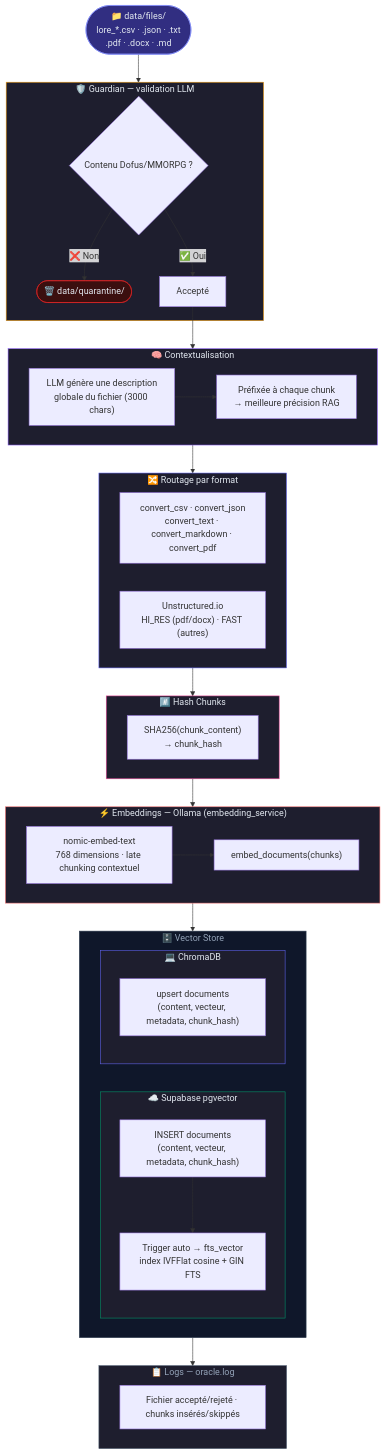
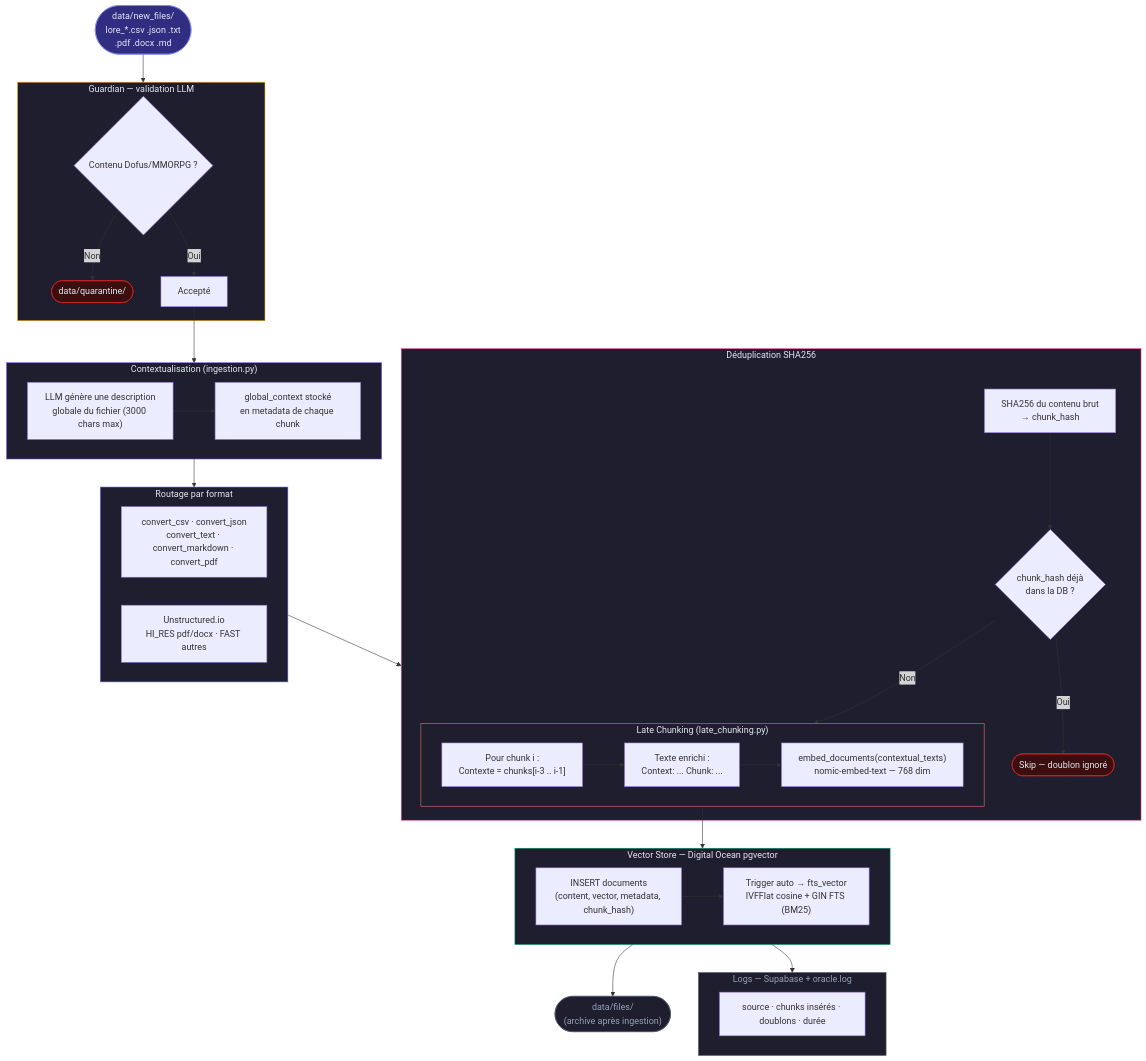
One commit to dlz-dev/HELMo-ORACLE changed the second of 7 diagrams in docs/FR/workflow.md. Above: the diagram before and after it, drawn with Mermaid. The commit also changed other lines of this file, not shown here.

````diff
--- a/docs/FR/workflow.md
+++ b/docs/FR/workflow.md
@@ -58,72 +68,70 @@
 ```mermaid
 flowchart TD
-    INPUT([📁 data/files/\nlore_*.csv · .json · .txt\n.pdf · .docx · .md]) --> GUARD
+    INPUT(["data/new_files/\nlore_*.csv .json .txt\n.pdf .docx .md"]) --> GUARD
 
-    subgraph GUARD ["🛡️ Guardian — validation LLM"]
+    subgraph GUARD ["Guardian — validation LLM"]
         G1{"Contenu Dofus/MMORPG ?"}
-        G1 -->|"❌ Non"| G2(["🗑️ data/quarantine/"])
-        G1 -->|"✅ Oui"| G3["Accepté"]
+        G1 -->|"Non"| G2(["data/quarantine/"])
+        G1 -->|"Oui"| G3["Accepté"]
     end
 
     G3 --> CTX
 
-    subgraph CTX ["🧠 Contextualisation"]
-        C1["LLM génère une description\nglobale du fichier (3000 chars)"]
-        C2["Préfixée à chaque chunk\n→ meilleure précision RAG"]
+    subgraph CTX ["Contextualisation (ingestion.py)"]
+        C1["LLM génère une description\nglobale du fichier (3000 chars max)"]
+        C2["global_context stocké\nen metadata de chaque chunk"]
         C1 --> C2
     end
 
     CTX --> ROUTE
 
-    subgraph ROUTE ["🔀 Routage par format"]
+    subgraph ROUTE ["Routage par format"]
         direction LR
         R1["convert_csv · convert_json\nconvert_text · convert_markdown · convert_pdf"]
-        R2["Unstructured.io\nHI_RES (pdf/docx) · FAST (autres)"]
+        R2["Unstructured.io\nHI_RES pdf/docx · FAST autres"]
     end
 
     ROUTE --> HASH
 
-    subgraph HASH ["#️⃣ Hash Chunks"]
-        H1["SHA256(chunk_content)\n→ chunk_hash"]
+    subgraph HASH ["Déduplication SHA256"]
+        H1["SHA256 du contenu brut\n→ chunk_hash"]
+        H2{"chunk_hash déjà\ndans la DB ?"}
+        H1 --> H2
+        H2 -->|"Oui"| SKIP(["Skip — doublon ignoré"])
+        H2 -->|"Non"| LC
     end
 
-    HASH --> EMBED
-
-    subgraph EMBED ["⚡ Embeddings — Ollama (embedding_service)"]
-        E1["nomic-embed-text\n768 dimensions · late chunking contextuel"]
-        E2["embed_documents(chunks)"]
-        E1 --> E2
+    subgraph LC ["Late Chunking (late_chunking.py)"]
+        L1["Pour chunk i :\nContexte = chunks[i-3 .. i-1]"]
+        L2["Texte enrichi :\nContext: ... Chunk: ..."]
+        L3["embed_documents(contextual_texts)\nnomic-embed-text — 768 dim"]
+        L1 --> L2 --> L3
     end
 
-    EMBED --> DB
+    LC --> DB
 
-    subgraph DB ["🗄️ Vector Store"]
-        direction LR
-        subgraph DB_CLOUD ["☁️ Supabase pgvector"]
-            D1["INSERT documents\n(content, vecteur, metadata, chunk_hash)"]
-            D2["Trigger auto → fts_vector\nindex IVFFlat cosine + GIN FTS"]
-            D1 --> D2
-        end
-        subgraph DB_LOCAL ["💻 ChromaDB"]
-            D3["upsert documents\n(content, vecteur, metadata, chunk_hash)"]
-        end
+    subgraph DB ["Vector Store — Digital Ocean pgvector"]
+        D1["INSERT documents\n(content, vector, metadata, chunk_hash)"]
+        D2["Trigger auto → fts_vector\nIVFFlat cosine + GIN FTS (BM25)"]
+        D1 --> D2
     end
 
-    subgraph LOG ["📋 Logs — oracle.log"]
-        L1["Fichier accepté/rejeté · chunks insérés/skippés"]
+    DB --> ARCHIVE(["data/files/\n(archive après ingestion)"])
+    DB --> LOG
+
+    subgraph LOG ["Logs — Supabase + oracle.log"]
+        LG["source · chunks insérés · doublons · durée"]
     end
-
-    DB --> LOG
 
     style GUARD  fill:#1e1e2e,stroke:#f59e0b,color:#e2e8f0
     style CTX    fill:#1e1e2e,stroke:#8b5cf6,color:#e2e8f0
     style ROUTE  fill:#1e1e2e,stroke:#6366f1,color:#e2e8f0
     style HASH   fill:#1e1e2e,stroke:#ec4899,color:#e2e8f0
-    style EMBED  fill:#1e1e2e,stroke:#f87171,color:#e2e8f0
-    style DB     fill:#0f172a,stroke:#334155,color:#94a3b8
-    style DB_CLOUD fill:#1e1e2e,stroke:#059669,color:#e2e8f0
-    style DB_LOCAL fill:#1e1e2e,stroke:#6366f1,color:#e2e8f0
+    style LC     fill:#1e1e2e,stroke:#f87171,color:#e2e8f0
+    style DB     fill:#1e1e2e,stroke:#059669,color:#e2e8f0
     style LOG    fill:#1e1e2e,stroke:#475569,color:#94a3b8
     style INPUT  fill:#312e81,stroke:#818cf8,color:#e2e8f0
     style G2     fill:#3b0f0f,stroke:#dc2626,color:#e2e8f0
+    style SKIP   fill:#3b0f0f,stroke:#dc2626,color:#e2e8f0
+    style ARCHIVE fill:#1e1e2e,stroke:#475569,color:#94a3b8
 ```
````
